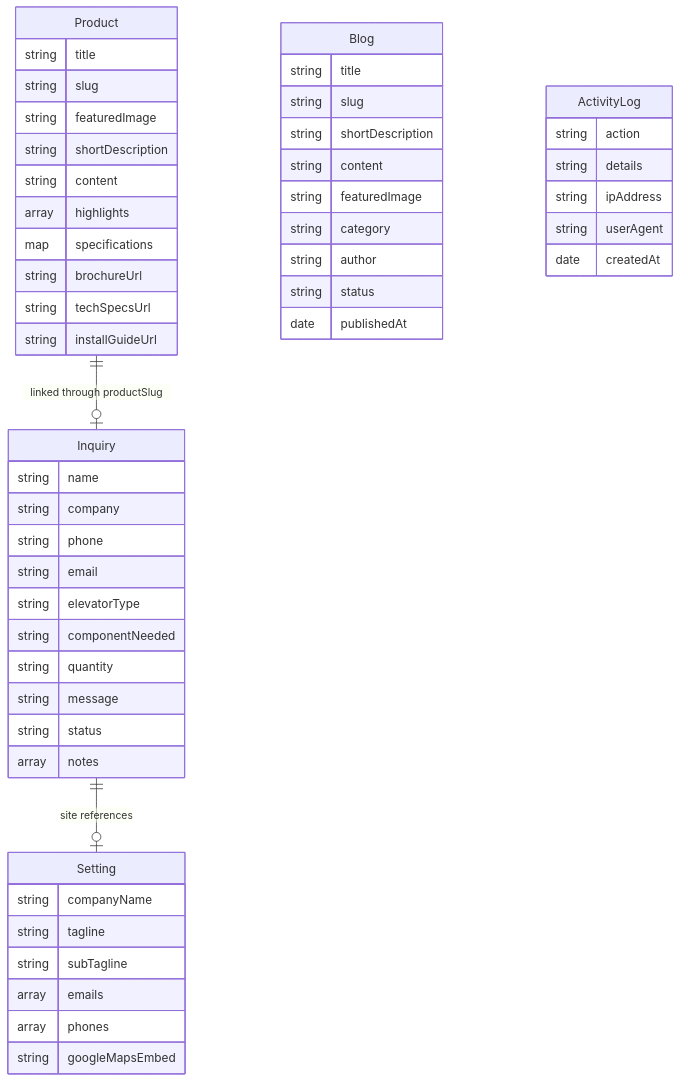
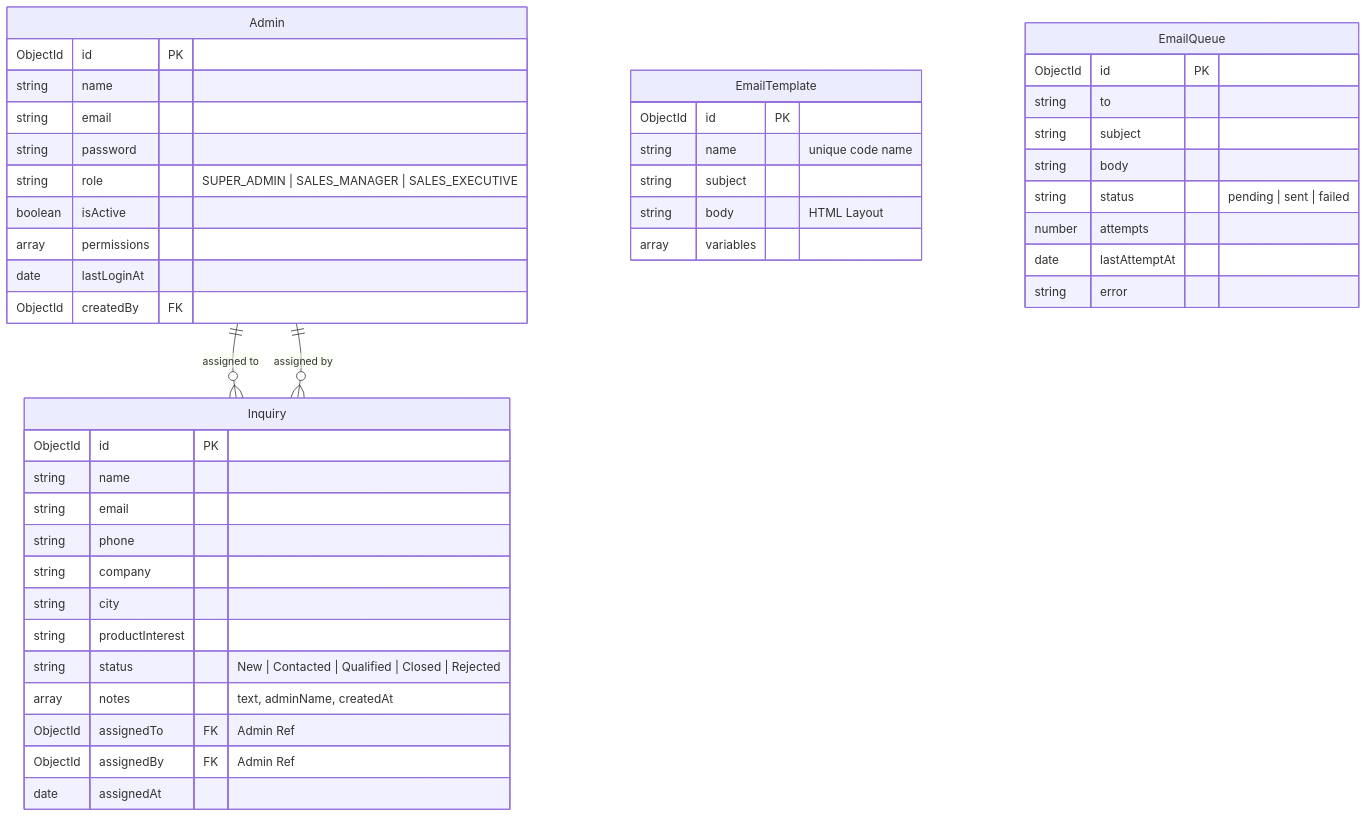
Before and after one commit to KrishnaHinged/shivshakti: the second of 2 diagrams in README.md, drawn with Mermaid. The commit also changed other lines of this file and 83 other files, not shown here.

````diff
--- a/README.md
+++ b/README.md
@@ -277,56 +132,51 @@
 ```mermaid
 erDiagram
-    Setting {
-        string companyName
-        string tagline
-        string subTagline
-        array emails
-        array phones
-        string googleMapsEmbed
+    Admin {
+        ObjectId id PK
+        string name
+        string email
+        string password
+        string role "SUPER_ADMIN | SALES_MANAGER | SALES_EXECUTIVE"
+        boolean isActive
+        array permissions
+        date lastLoginAt
+        ObjectId createdBy FK
     }
-    Product {
-        string title
-        string slug
-        string featuredImage
-        string shortDescription
-        string content
-        array highlights
-        map specifications
-        string brochureUrl
-        string techSpecsUrl
-        string installGuideUrl
+    
+    Inquiry {
+        ObjectId id PK
+        string name
+        string email
+        string phone
+        string company
+        string city
+        string productInterest
+        string status "New | Contacted | Qualified | Closed | Rejected"
+        array notes "text, adminName, createdAt"
+        ObjectId assignedTo FK "Admin Ref"
+        ObjectId assignedBy FK "Admin Ref"
+        date assignedAt
     }
-    Blog {
-        string title
-        string slug
-        string shortDescription
-        string content
-        string featuredImage
-        string category
-        string author
-        string status
-        date publishedAt
-    }
-    Inquiry {
-        string name
-        string company
-        string phone
-        string email
-        string elevatorType
-        string componentNeeded
-        string quantity
-        string message
-        string status
-        array notes
-    }
-    ActivityLog {
-        string action
-        string details
-        string ipAddress
-        string userAgent
-        date createdAt
+    
+    EmailTemplate {
+        ObjectId id PK
+        string name "unique code name"
+        string subject
+        string body "HTML Layout"
+        array variables
     }
 
-    Product ||--o| Inquiry : "linked through productSlug"
-    Inquiry ||--o| Setting : "site references"
+    EmailQueue {
+        ObjectId id PK
+        string to
+        string subject
+        string body
+        string status "pending | sent | failed"
+        number attempts
+        date lastAttemptAt
+        string error
+    }
+
+    Admin ||--o{ Inquiry : "assigned to"
+    Admin ||--o{ Inquiry : "assigned by"
 ```
````
